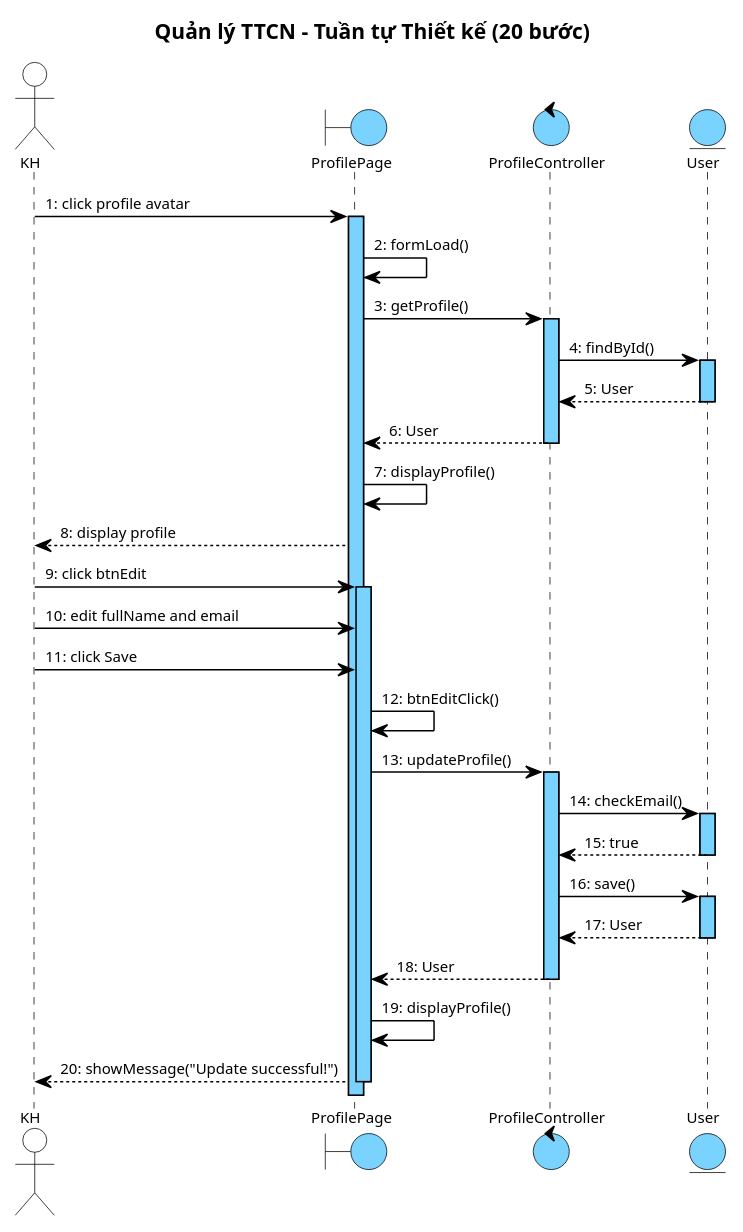
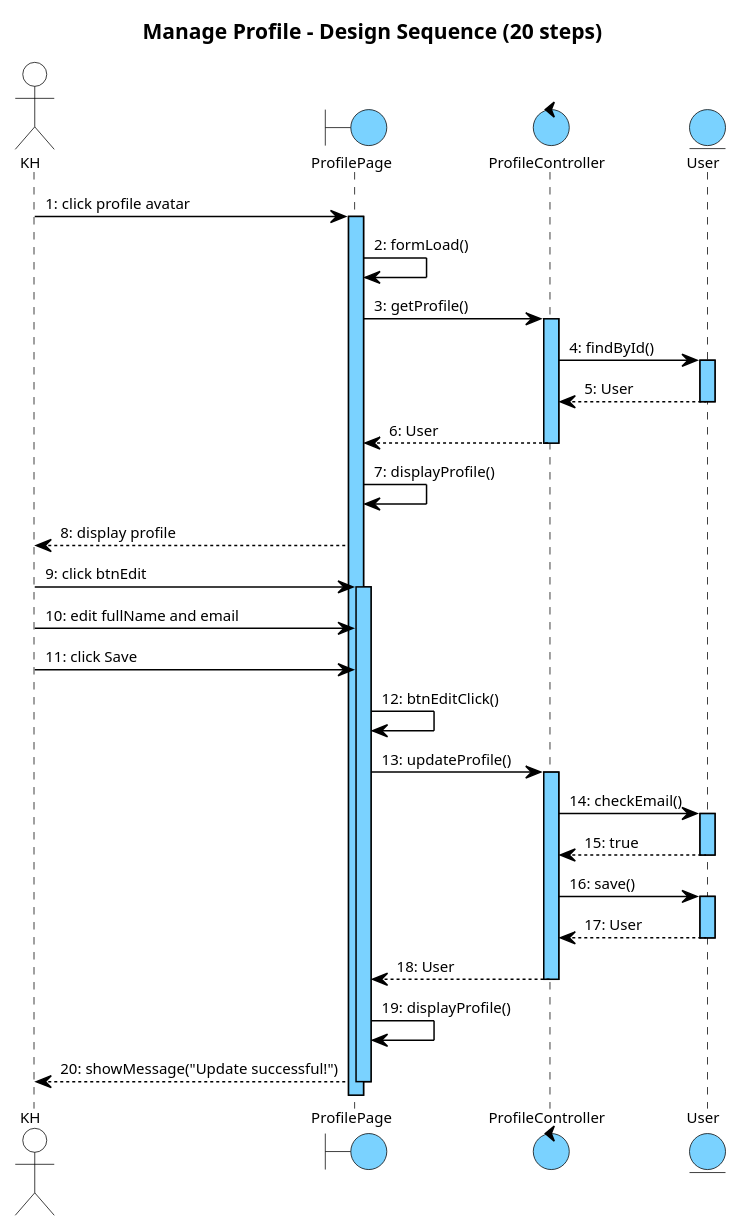
The seventh of 8 diagrams in docs/tabs/account/iii-design.md (thanhtrnnn/cnpm), drawn with PlantUML before and after one commit. The commit also changed other lines of this file and 13 other files, not shown here.

First line of the commit message:
fix: English-only sequence diagrams + independent abstractNum per numbered list

```diff
--- a/docs/tabs/account/iii-design.md
+++ b/docs/tabs/account/iii-design.md
@@ -979,7 +979,7 @@
   }
 }
 </style>
-title Quản lý TTCN – Tuần tự Thiết kế (20 bước)
+title Manage Profile – Design Sequence (20 steps)
 
 actor "KH" as KH
 boundary ProfilePage as B1
```
